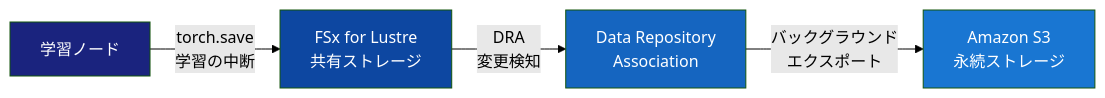
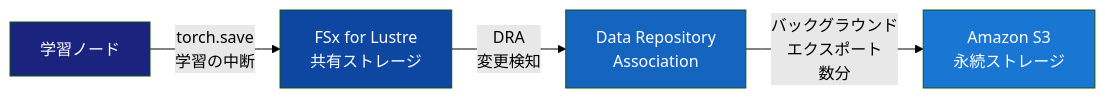
The first of 7 diagrams in articles/98e6a7acbac32e.md (littlemex/zenn), drawn with Mermaid (forest theme) before and after one commit. The commit also changed other lines of this file, not shown here.

````diff
--- a/articles/98e6a7acbac32e.md
+++ b/articles/98e6a7acbac32e.md
@@ -37,11 +37,11 @@
 ```mermaid
 graph LR
     TN["学習ノード"] -->|"torch.save<br/>学習の中断"| FSx["FSx for Lustre<br/>共有ストレージ"]
     FSx -->|"DRA<br/>変更検知"| DRA["Data Repository<br/>Association"]
-    DRA -->|"バックグラウンド<br/>エクスポート"| S3["Amazon S3<br/>永続ストレージ"]
+    DRA -->|"バックグラウンド<br/>エクスポート<br/>数分"| S3["Amazon S3<br/>永続ストレージ"]
 
     style TN fill: #1a237e,color: #ffffff
     style FSx fill: #0d47a1,color: #ffffff
     style DRA fill: #1565c0,color: #ffffff
     style S3 fill: #1976d2,color: #ffffff
 ```
````
